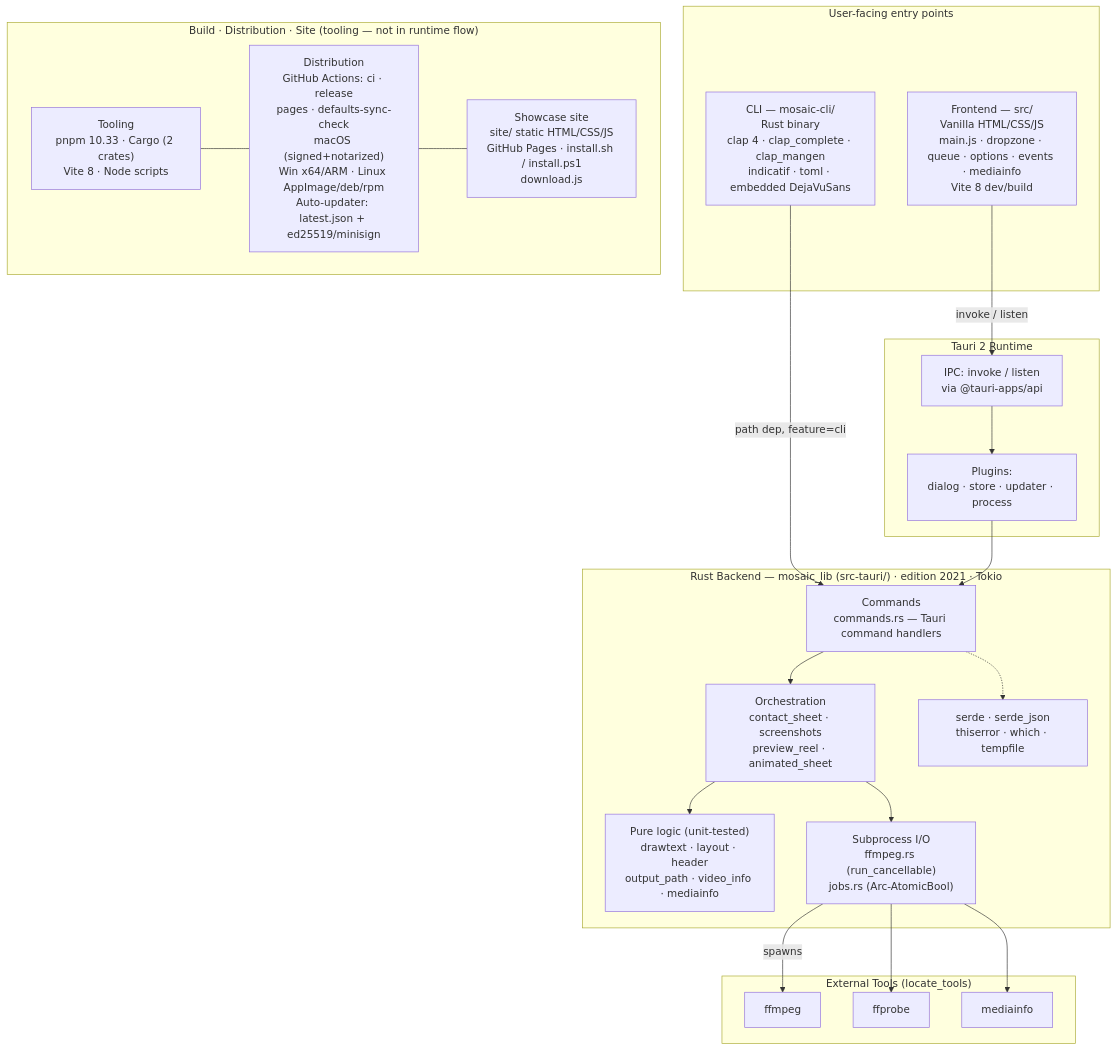
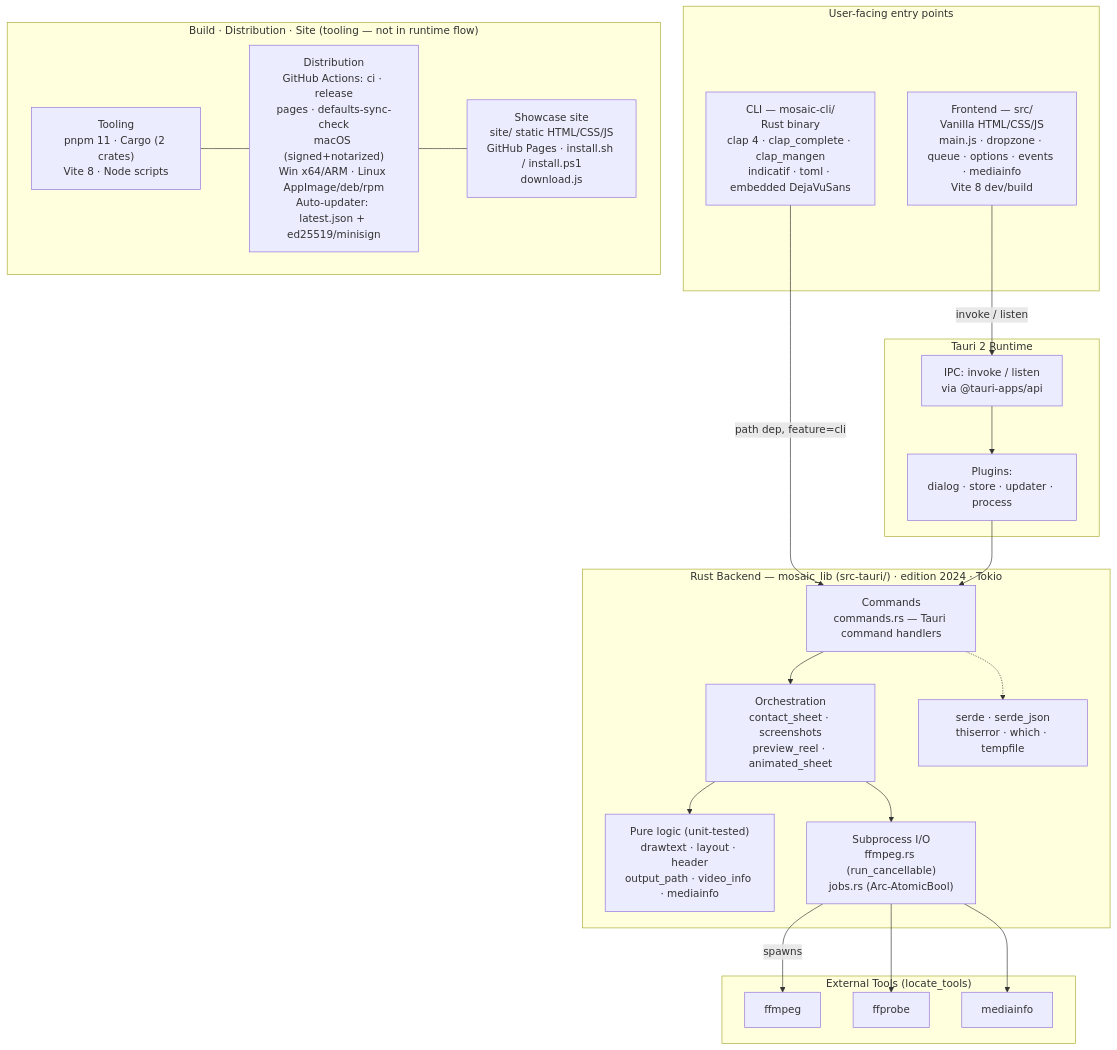
One commit to mosaicvideo/mosaic changed the diagram in docs/tech-stack.md. Above: the diagram before and after it, drawn with Mermaid. The commit also changed other lines of this file and 4 other files, not shown here.

````diff
--- a/docs/tech-stack.md
+++ b/docs/tech-stack.md
@@ -6,46 +6,46 @@
 ```mermaid
 graph TD
     subgraph CLIENTS["User-facing entry points"]
         FE["Frontend — src/<br/>Vanilla HTML/CSS/JS<br/>main.js · dropzone · queue · options · events · mediainfo<br/>Vite 8 dev/build"]
         CLI["CLI — mosaic-cli/<br/>Rust binary<br/>clap 4 · clap_complete · clap_mangen<br/>indicatif · toml · embedded DejaVuSans"]
     end
 
     subgraph TAURI["Tauri 2 Runtime"]
         IPC["IPC: invoke / listen<br/>via @tauri-apps/api"]
         PLUGINS["Plugins:<br/>dialog · store · updater · process"]
     end
 
-    subgraph BACKEND["Rust Backend — mosaic_lib (src-tauri/) · edition 2021 · Tokio"]
+    subgraph BACKEND["Rust Backend — mosaic_lib (src-tauri/) · edition 2024 · Tokio"]
         CMD["Commands<br/>commands.rs — Tauri command handlers"]
         ORCH["Orchestration<br/>contact_sheet · screenshots<br/>preview_reel · animated_sheet"]
         PURE["Pure logic (unit-tested)<br/>drawtext · layout · header<br/>output_path · video_info · mediainfo"]
         IO["Subprocess I/O<br/>ffmpeg.rs (run_cancellable)<br/>jobs.rs (Arc-AtomicBool)"]
         CRATES["serde · serde_json<br/>thiserror · which · tempfile"]
     end
 
     subgraph TOOLS["External Tools (locate_tools)"]
         FFMPEG["ffmpeg"]
         FFPROBE["ffprobe"]
         MEDIAINFO["mediainfo"]
     end
 
     FE -->|invoke / listen| IPC
     CLI -->|path dep, feature=cli| CMD
     IPC --> PLUGINS
     PLUGINS --> CMD
     CMD --> ORCH
     CMD -.-> CRATES
     ORCH --> PURE
     ORCH --> IO
     IO -->|spawns| FFMPEG
     IO --> FFPROBE
     IO --> MEDIAINFO
 
     subgraph OPS["Build · Distribution · Site (tooling — not in runtime flow)"]
         direction LR
-        BUILD["Tooling<br/>pnpm 10.33 · Cargo (2 crates)<br/>Vite 8 · Node scripts"]
+        BUILD["Tooling<br/>pnpm 11 · Cargo (2 crates)<br/>Vite 8 · Node scripts"]
         DIST["Distribution<br/>GitHub Actions: ci · release<br/>pages · defaults-sync-check<br/>macOS (signed+notarized)<br/>Win x64/ARM · Linux AppImage/deb/rpm<br/>Auto-updater: latest.json + ed25519/minisign"]
         SITE["Showcase site<br/>site/ static HTML/CSS/JS<br/>GitHub Pages · install.sh / install.ps1<br/>download.js"]
         BUILD --- DIST --- SITE
     end
 ```
````
